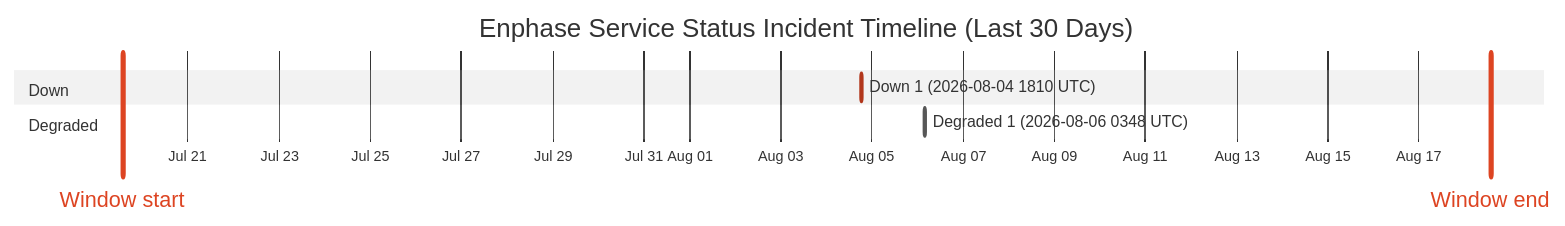
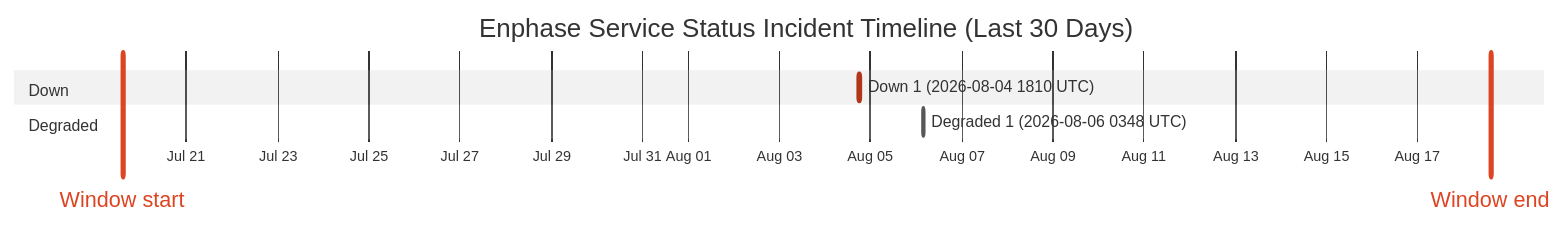
The diagram in wiki/Service-Status-History.md (barneyonline/ha-enphase-energy), drawn with Mermaid (neutral theme) before and after one commit. The commit also changed other lines of this file and 3 other files, not shown here.

````diff
--- a/wiki/Service-Status-History.md
+++ b/wiki/Service-Status-History.md
@@ -14,12 +14,12 @@
 ```mermaid
 gantt
     title Enphase Service Status Incident Timeline (Last 30 Days)
     dateFormat  YYYY-MM-DDTHH:mm:ss
     axisFormat  %b %d
-    Window start :vert, window-start, 2026-07-19T13:39:44, 0ms
-    Window end :vert, window-end, 2026-08-18T13:39:44, 0ms
+    Window start :vert, window-start, 2026-07-19T14:31:11, 0ms
+    Window end :vert, window-end, 2026-08-18T14:31:11, 0ms
     section Down
     Down 1 (2026-08-04 1810 UTC) :crit, down-1, 2026-08-04T18:10:46, 60m
     section Degraded
     Degraded 1 (2026-08-06 0348 UTC) :active, degraded-1, 2026-08-06T03:48:14, 60m
 ```
````
